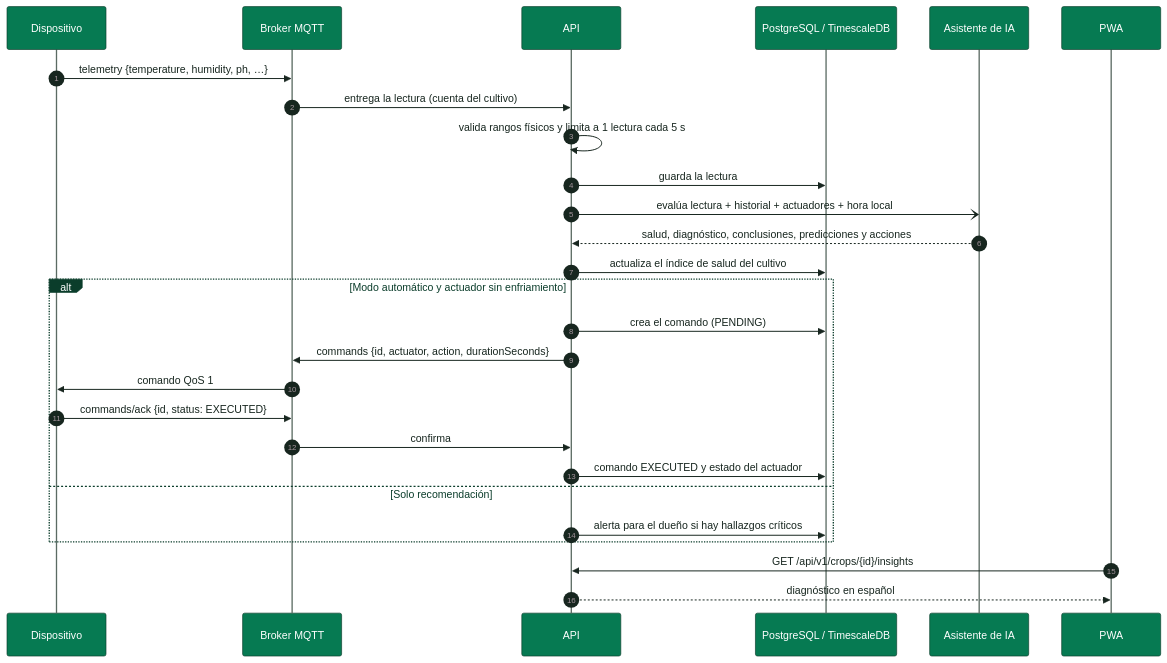
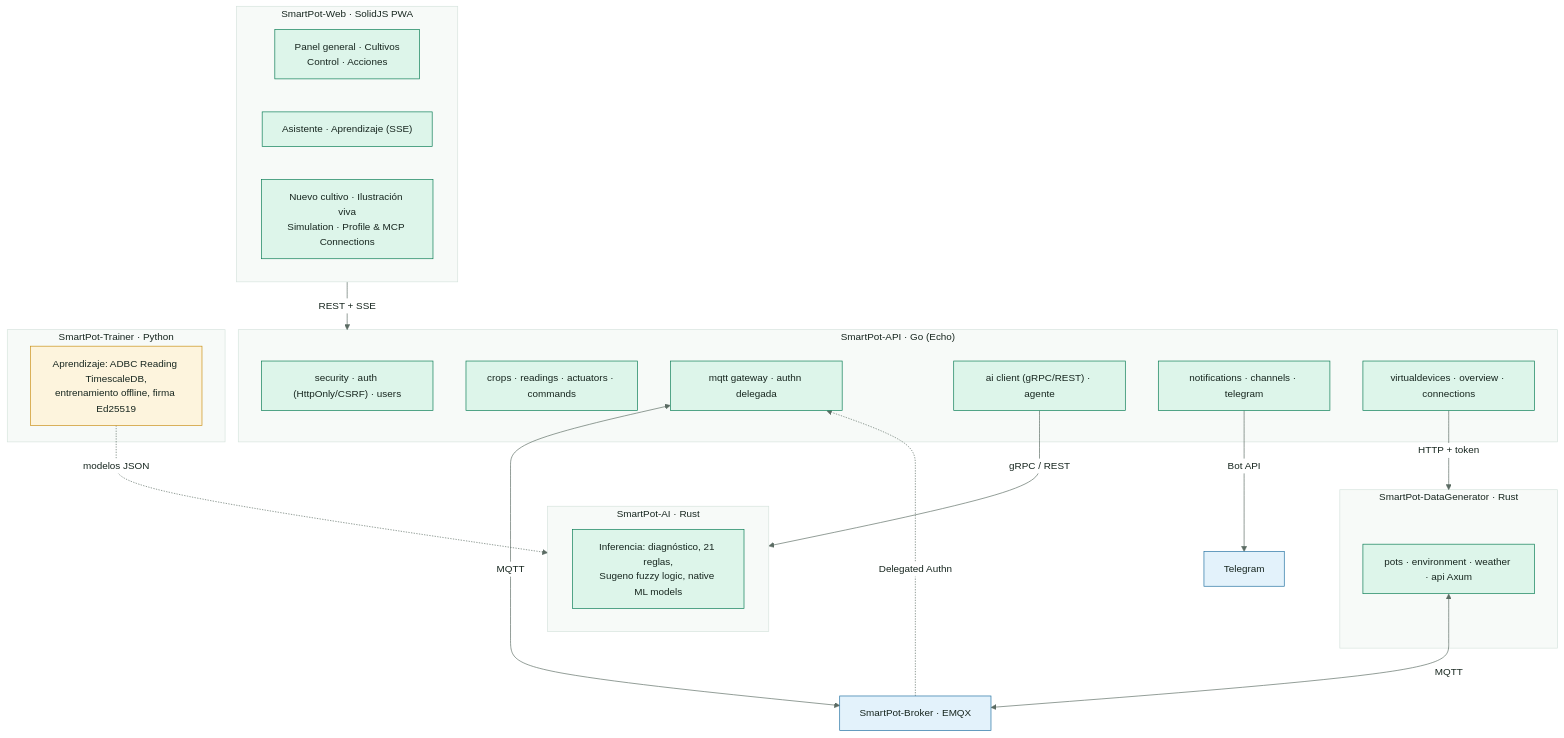
One commit to SmartPotTech/.github changed the second of 14 diagrams in docs/SmartPot_Technical_Documentation.md. Above: the diagram before and after it, drawn with Mermaid. The commit also changed other lines of this file and 186 other files, not shown here.

Commit message:
docs(specs): synchronize 100% english organization documentation, diagrams, and formal deliverables

````diff
--- a/docs/SmartPot_Technical_Documentation.md
+++ b/docs/SmartPot_Technical_Documentation.md
@@ -442,30 +117,40 @@
 ```mermaid
 %%{init: {"theme": "base", "fontFamily": "Segoe UI, Arial, sans-serif", "themeVariables": {"fontFamily": "Segoe UI, Arial, sans-serif", "fontSize": "15px", "primaryColor": "#DDF5EA", "primaryTextColor": "#17261F", "primaryBorderColor": "#067A52", "secondaryColor": "#E3F2FB", "secondaryTextColor": "#17261F", "secondaryBorderColor": "#1F6FA0", "tertiaryColor": "#F2F7F4", "tertiaryTextColor": "#17261F", "tertiaryBorderColor": "#D5E3DC", "lineColor": "#5B6B63", "textColor": "#17261F", "mainBkg": "#DDF5EA", "nodeBorder": "#067A52", "clusterBkg": "#F7FAF8", "clusterBorder": "#D5E3DC", "edgeLabelBackground": "#FFFFFF", "actorBkg": "#067A52", "actorBorder": "#0B3D2B", "actorTextColor": "#FFFFFF", "actorLineColor": "#5B6B63", "signalColor": "#17261F", "signalTextColor": "#17261F", "labelBoxBkgColor": "#0B3D2B", "labelBoxBorderColor": "#0B3D2B", "labelTextColor": "#FFFFFF", "loopTextColor": "#0B3D2B", "noteBkgColor": "#FDF4DD", "noteBorderColor": "#C98D12", "noteTextColor": "#17261F", "activationBkgColor": "#DDF5EA", "activationBorderColor": "#067A52", "attributeBackgroundColorOdd": "#FFFFFF", "attributeBackgroundColorEven": "#F2F7F4"}}}%%
-sequenceDiagram
-  autonumber
-  participant M as Dispositivo
-  participant B as Broker MQTT
-  participant A as API
-  participant D as PostgreSQL / TimescaleDB
-  participant I as Asistente de IA
-  participant U as PWA
-  M->>B: telemetry {temperature, humidity, ph, …}
-  B->>A: entrega la lectura (cuenta del cultivo)
-  A->>A: valida rangos físicos y limita a 1 lectura cada 5 s
-  A->>D: guarda la lectura
-  A-)I: evalúa lectura + historial + actuadores + hora local
-  I-->>A: salud, diagnóstico, conclusiones, predicciones y acciones
-  A->>D: actualiza el índice de salud del cultivo
-  alt Modo automático y actuador sin enfriamiento
-    A->>D: crea el comando (PENDING)
-    A->>B: commands {id, actuator, action, durationSeconds}
-    B->>M: comando QoS 1
-    M->>B: commands/ack {id, status: EXECUTED}
-    B->>A: confirma
-    A->>D: comando EXECUTED y estado del actuador
-  else Solo recomendación
-    A->>D: alerta para el dueño si hay hallazgos críticos
+flowchart TB
+  subgraph web["SmartPot-Web · SolidJS PWA"]
+    w1["Panel general · Cultivos<br/>Control · Acciones"]
+    w2["Asistente · Aprendizaje (SSE)"]
+    w3["Nuevo cultivo · Ilustración viva<br/>Simulation · Profile & MCP Connections"]
   end
-  U->>A: GET /api/v1/crops/{id}/insights
-  A-->>U: diagnóstico en español
+  subgraph api["SmartPot-API · Go (Echo)"]
+    a1["security · auth (HttpOnly/CSRF) · users"]
+    a2["crops · readings · actuators · commands"]
+    a3["mqtt gateway · authn delegada"]
+    a4["ai client (gRPC/REST) · agente"]
+    a5["notifications · channels · telegram"]
+    a6["virtualdevices · overview · connections"]
+  end
+  subgraph ai["SmartPot-AI · Rust"]
+    i1["Inferencia: diagnóstico, 21 reglas,<br/>Sugeno fuzzy logic, native ML models"]
+  end
+  subgraph trainer["SmartPot-Trainer · Python"]
+    t1["Aprendizaje: ADBC Reading TimescaleDB,<br/>entrenamiento offline, firma Ed25519"]
+  end
+  subgraph sim["SmartPot-DataGenerator · Rust"]
+    s1["pots · environment · weather · api Axum"]
+  end
+  web -->|"REST + SSE"| api
+  a3 <-->|"MQTT"| broker["SmartPot-Broker · EMQX"]
+  broker -.->|"Delegated Authn"| a3
+  s1 <-->|"MQTT"| broker
+  a4 -->|"gRPC / REST"| ai
+  t1 -.->|"modelos JSON"| ai
+  a6 -->|"HTTP + token"| sim
+  a5 -->|"Bot API"| tg["Telegram"]
+  classDef box fill:#DDF5EA,stroke:#067A52,color:#17261F
+  classDef ext fill:#E3F2FB,stroke:#1F6FA0,color:#17261F
+  classDef train fill:#FDF4DD,stroke:#C98D12,color:#17261F
+  class w1,w2,w3,a1,a2,a3,a4,a5,a6,i1,s1 box
+  class t1 train
+  class broker,tg ext
 ```
````
